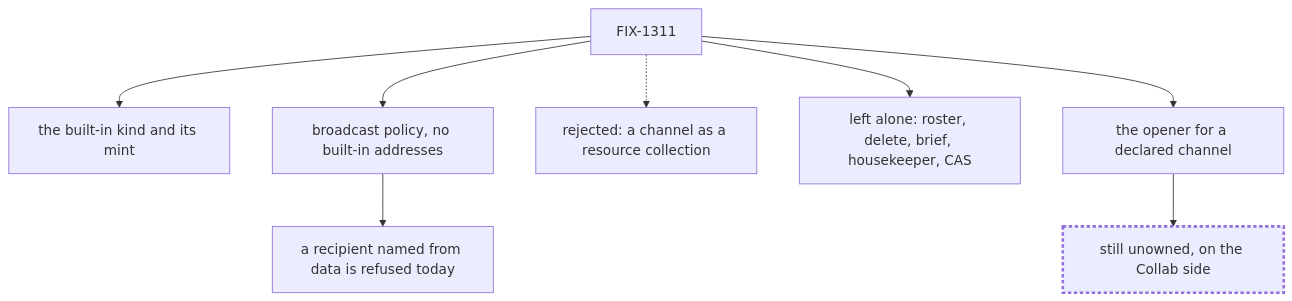
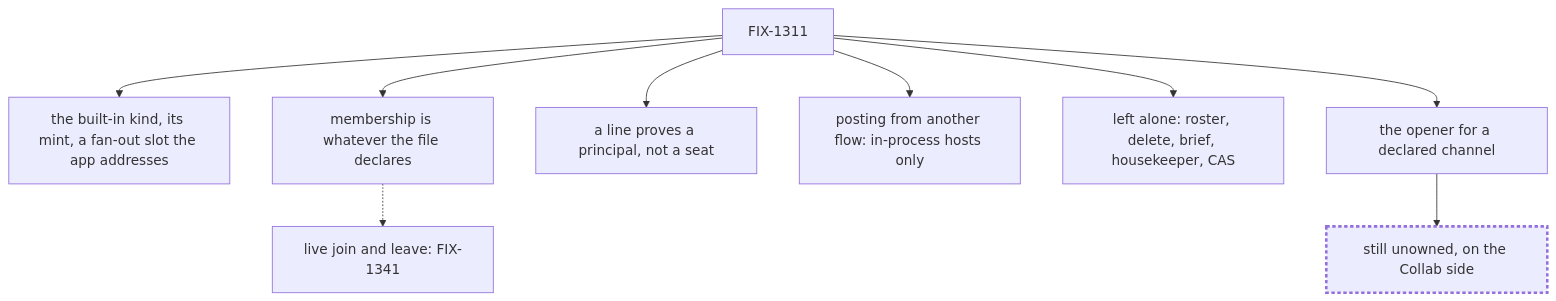
One commit to fixpoint-labs/flow-state-dev changed the third of 3 diagrams in spec/FIX-1311.explainer.md. Above: the diagram before and after it, drawn with Mermaid. The commit also changed other lines of this file and 1 other file, not shown here.

Commit message:
spec(FIX-1311): fold spec review — attribution, dispatch fence, declared membership
Re-draft: Three findings changed the approach.

Attribution is now a decision, not a field. A block cannot read the trusted
sender (DispatchStamp is engine-internal and names a session, not a seat), so a
transcript line proves a principal and stores any author as an unverified claim
refused unless it names a declared member (BP-031).

Posting gained a second fence. An {id} delivery past an external dispatcher is
refused by name regardless of whether the session exists, so agent-to-channel
posting is in-process only — stated rather than discovered in implementation.

Membership collapsed to the declared list per the owner's reading of the floor;
live join and leave go to FIX-1341, which removes the dual-source problem two
reviewers found independently. Fan-out moved out of the post's queue hold,
because a waiter past the engine's 30s budget is dropped, never written.

Re-draft: spec review round 1

````diff
--- a/spec/FIX-1311.explainer.md
+++ b/spec/FIX-1311.explainer.md
@@ -36,12 +36,13 @@
 ```mermaid
 flowchart TD
-  ISSUE["FIX-1311"] --> KIND["the built-in kind and its mint"]
-  ISSUE --> POLICY["broadcast policy, no built-in addresses"]
-  ISSUE -.-> REJ["rejected: a channel as a resource collection"]
-  POLICY --> WALL["a recipient named from data is refused today"]
+  ISSUE["FIX-1311"] --> KIND["the built-in kind, its mint, a fan-out slot the app addresses"]
+  ISSUE --> MEMBERS["membership is whatever the file declares"]
+  MEMBERS -.-> L1341["live join and leave: FIX-1341"]
+  ISSUE --> PROOF["a line proves a principal, not a seat"]
+  ISSUE --> INPROC["posting from another flow: in-process hosts only"]
   ISSUE --> OUT["left alone: roster, delete, brief, housekeeper, CAS"]
   ISSUE --> OPENER["the opener for a declared channel"]
   OPENER --> COLLAB["still unowned, on the Collab side"]
   classDef gap stroke-width:3px,stroke-dasharray: 4 3
   class COLLAB gap
 ```
````
